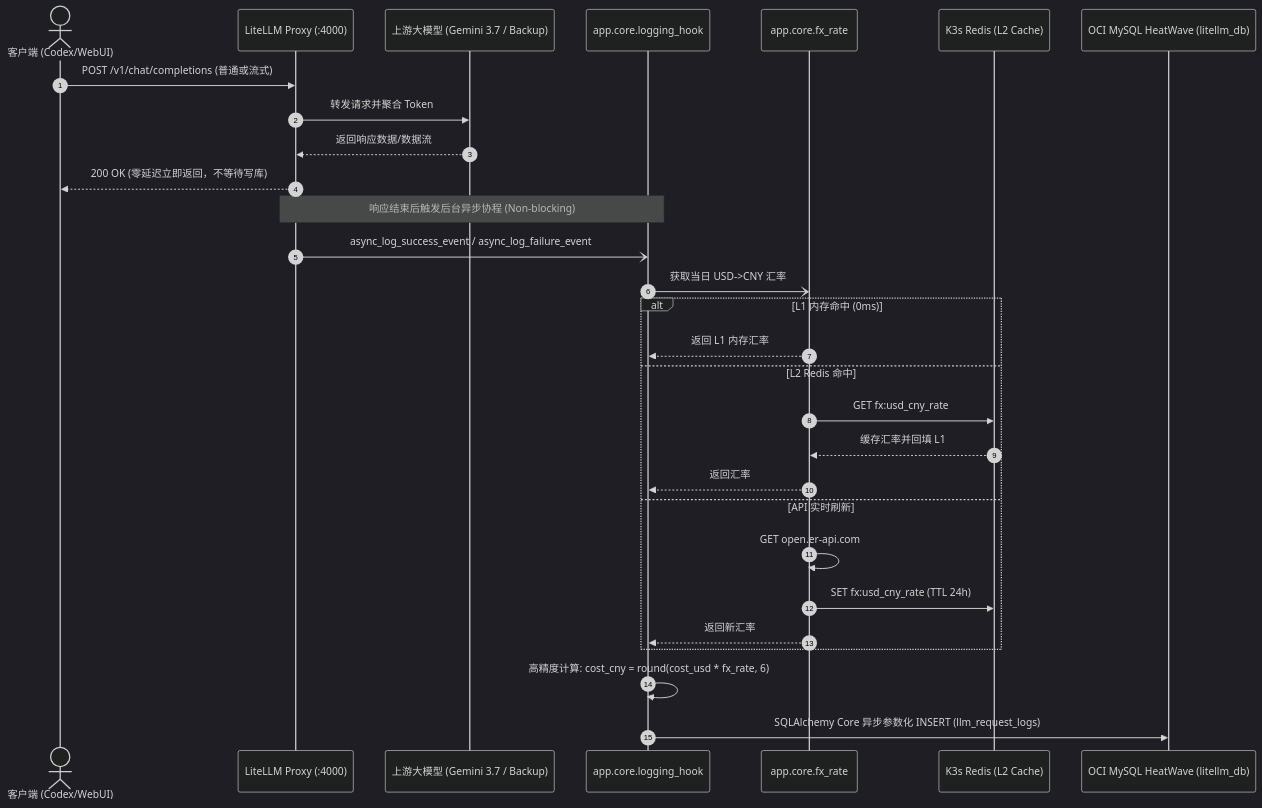
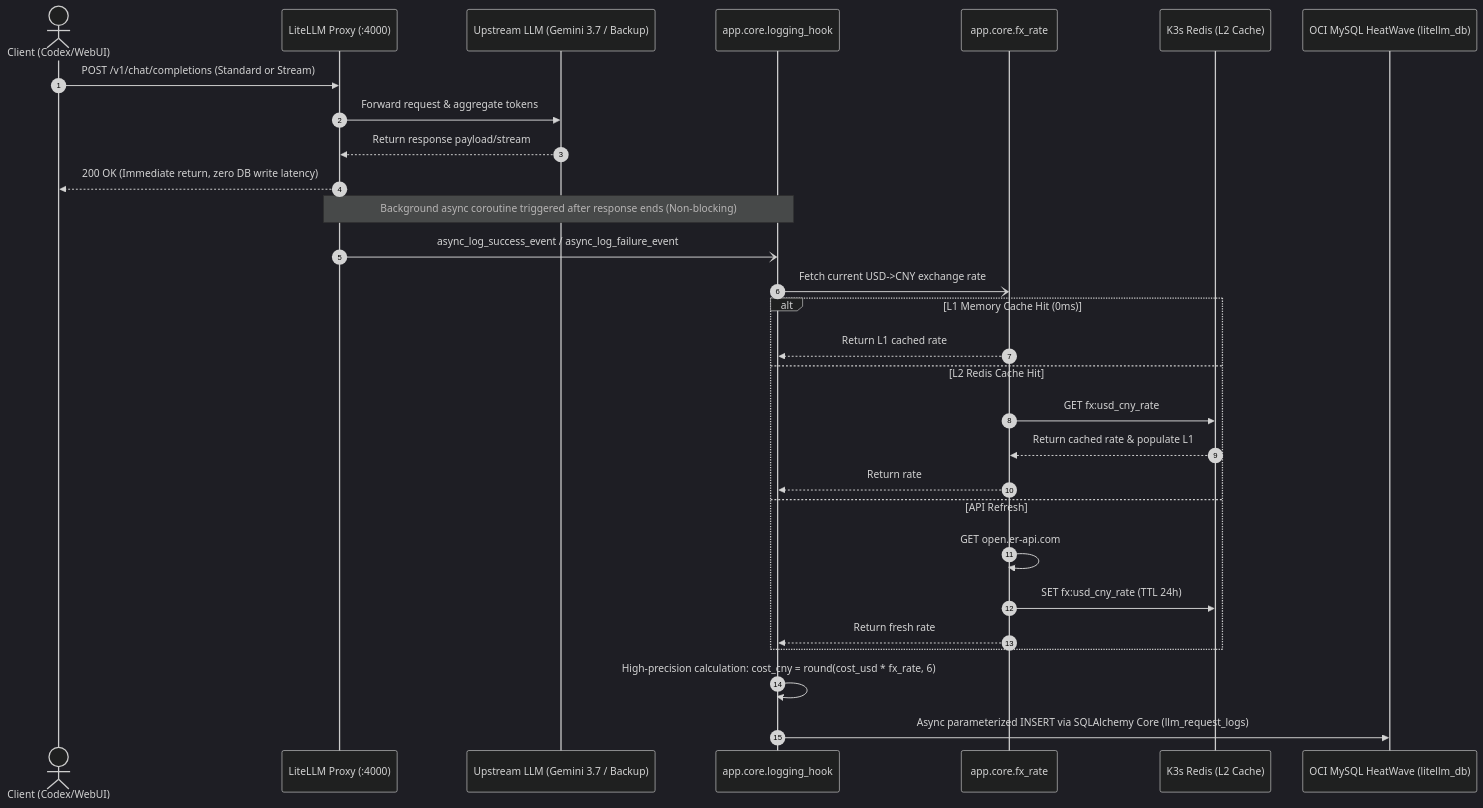
Before and after one commit to nvd11/my-litellm-service: the first of 3 diagrams in docs/litellm-mysql-api-logging-and-daily-fx-practice.md, drawn with Mermaid (dark theme). The commit also changed other lines of this file and 25 other files, not shown here.

````diff
--- a/docs/litellm-mysql-api-logging-and-daily-fx-practice.md
+++ b/docs/litellm-mysql-api-logging-and-daily-fx-practice.md
@@ -24,34 +24,34 @@
 ```mermaid
 sequenceDiagram
     autonumber
-    actor Client as 客户端 (Codex/WebUI)
+    actor Client as Client (Codex/WebUI)
     participant Proxy as LiteLLM Proxy (:4000)
-    participant Upstream as 上游大模型 (Gemini 3.7 / Backup)
+    participant Upstream as Upstream LLM (Gemini 3.7 / Backup)
     participant Hook as app.core.logging_hook
     participant FX as app.core.fx_rate
     participant Redis as K3s Redis (L2 Cache)
     participant MySQL as OCI MySQL HeatWave (litellm_db)
 
-    Client->>Proxy: POST /v1/chat/completions (普通或流式)
-    Proxy->>Upstream: 转发请求并聚合 Token
-    Upstream-->>Proxy: 返回响应数据/数据流
-    Proxy-->>Client: 200 OK (零延迟立即返回，不等待写库)
+    Client->>Proxy: POST /v1/chat/completions (Standard or Stream)
+    Proxy->>Upstream: Forward request & aggregate tokens
+    Upstream-->>Proxy: Return response payload/stream
+    Proxy-->>Client: 200 OK (Immediate return, zero DB write latency)
 
-    Note over Proxy,Hook: 响应结束后触发后台异步协程 (Non-blocking)
+    Note over Proxy,Hook: Background async coroutine triggered after response ends (Non-blocking)
     Proxy-)Hook: async_log_success_event / async_log_failure_event
-    Hook-)FX: 获取当日 USD->CNY 汇率
-    alt L1 内存命中 (0ms)
-        FX-->>Hook: 返回 L1 内存汇率
-    else L2 Redis 命中
+    Hook-)FX: Fetch current USD->CNY exchange rate
+    alt L1 Memory Cache Hit (0ms)
+        FX-->>Hook: Return L1 cached rate
+    else L2 Redis Cache Hit
         FX->>Redis: GET fx:usd_cny_rate
-        Redis-->>FX: 缓存汇率并回填 L1
-        FX-->>Hook: 返回汇率
-    else API 实时刷新
+        Redis-->>FX: Return cached rate & populate L1
+        FX-->>Hook: Return rate
+    else API Refresh
         FX->>FX: GET open.er-api.com
         FX->>Redis: SET fx:usd_cny_rate (TTL 24h)
-        FX-->>Hook: 返回新汇率
+        FX-->>Hook: Return fresh rate
     end
 
-    Hook->>Hook: 高精度计算: cost_cny = round(cost_usd * fx_rate, 6)
-    Hook->>MySQL: SQLAlchemy Core 异步参数化 INSERT (llm_request_logs)
+    Hook->>Hook: High-precision calculation: cost_cny = round(cost_usd * fx_rate, 6)
+    Hook->>MySQL: Async parameterized INSERT via SQLAlchemy Core (llm_request_logs)
 ```
````
